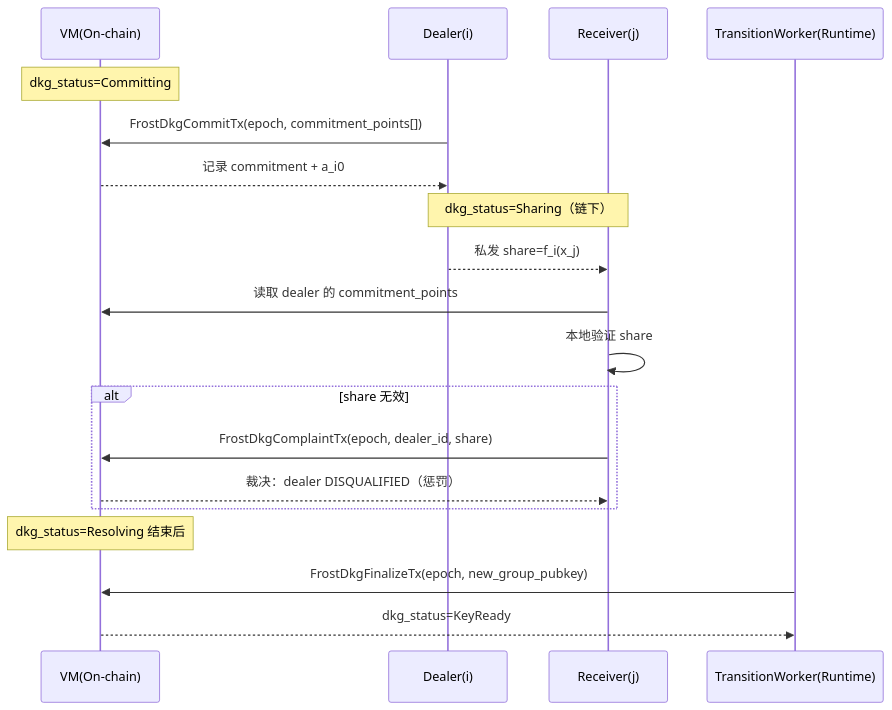
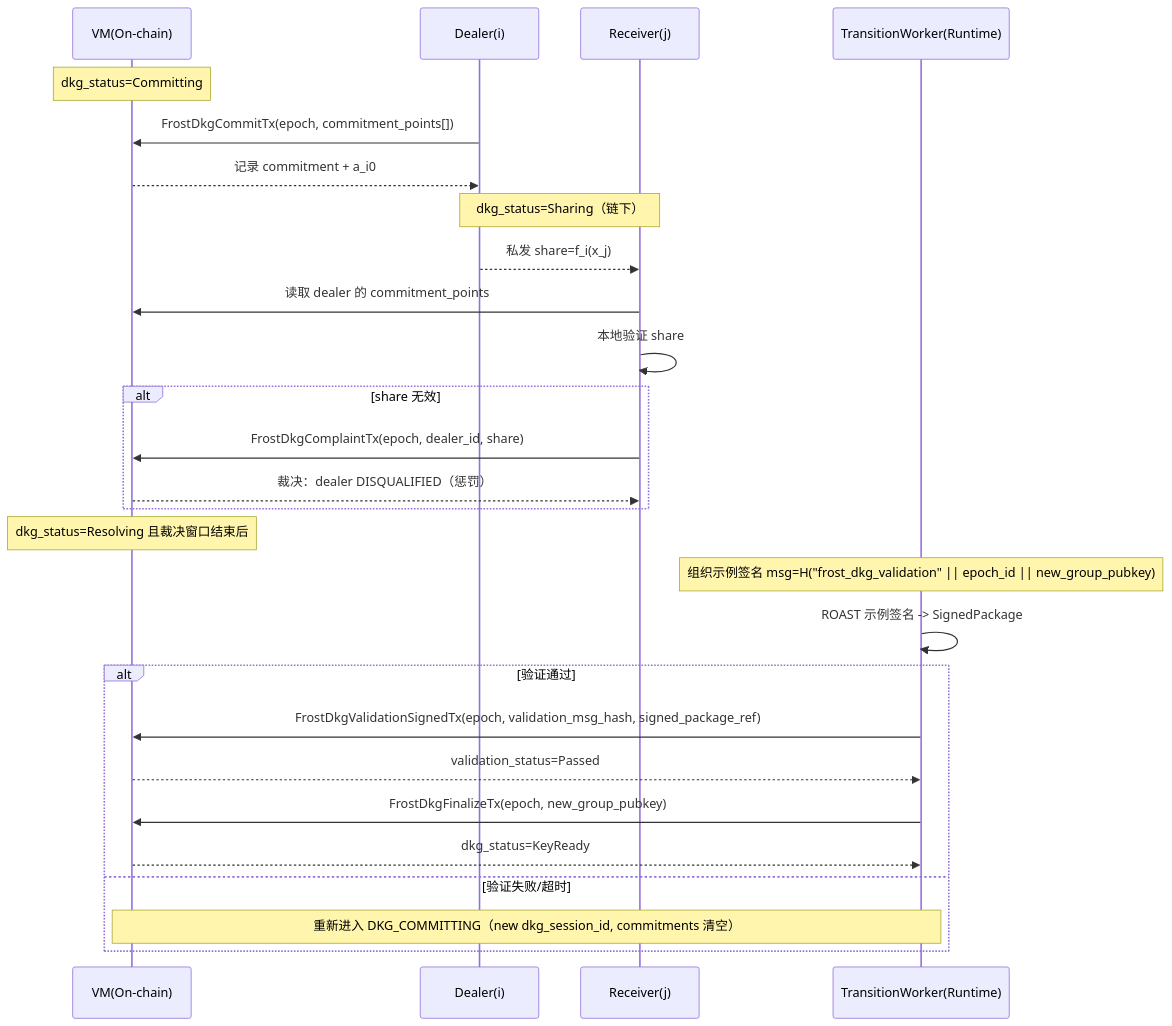
The sixth of 7 diagrams in frost/design_v2_job.md (davidLeeeeeeeeeeee/dex), drawn with Mermaid before and after one commit. The commit also changed other lines of this file and 1 other file, not shown here.

````diff
--- a/frost/design_v2_job.md
+++ b/frost/design_v2_job.md
@@ -658,25 +659,34 @@
 ```mermaid
 sequenceDiagram
   participant CH as VM(On-chain)
   participant D as Dealer(i)
   participant R as Receiver(j)
   participant TW as TransitionWorker(Runtime)
 
   Note over CH: dkg_status=Committing
   D->>CH: FrostDkgCommitTx(epoch, commitment_points[])
   CH-->>D: 记录 commitment + a_i0
 
   Note over D,R: dkg_status=Sharing（链下）
   D-->>R: 私发 share=f_i(x_j)
   R->>CH: 读取 dealer 的 commitment_points
   R->>R: 本地验证 share
 
   alt share 无效
     R->>CH: FrostDkgComplaintTx(epoch, dealer_id, share)
     CH-->>R: 裁决：dealer DISQUALIFIED（惩罚）
   end
 
-  Note over CH: dkg_status=Resolving 结束后
-  TW->>CH: FrostDkgFinalizeTx(epoch, new_group_pubkey)
-  CH-->>TW: dkg_status=KeyReady
+  Note over CH: dkg_status=Resolving 且裁决窗口结束后
+  Note over TW: 组织示例签名 msg=H("frost_dkg_validation" || epoch_id || new_group_pubkey)
+  TW->>TW: ROAST 示例签名 -> SignedPackage
+
+  alt 验证通过
+    TW->>CH: FrostDkgValidationSignedTx(epoch, validation_msg_hash, signed_package_ref)
+    CH-->>TW: validation_status=Passed
+    TW->>CH: FrostDkgFinalizeTx(epoch, new_group_pubkey)
+    CH-->>TW: dkg_status=KeyReady
+  else 验证失败/超时
+    Note over CH,TW: 重新进入 DKG_COMMITTING（new dkg_session_id, commitments 清空）
+  end
 ```
````
